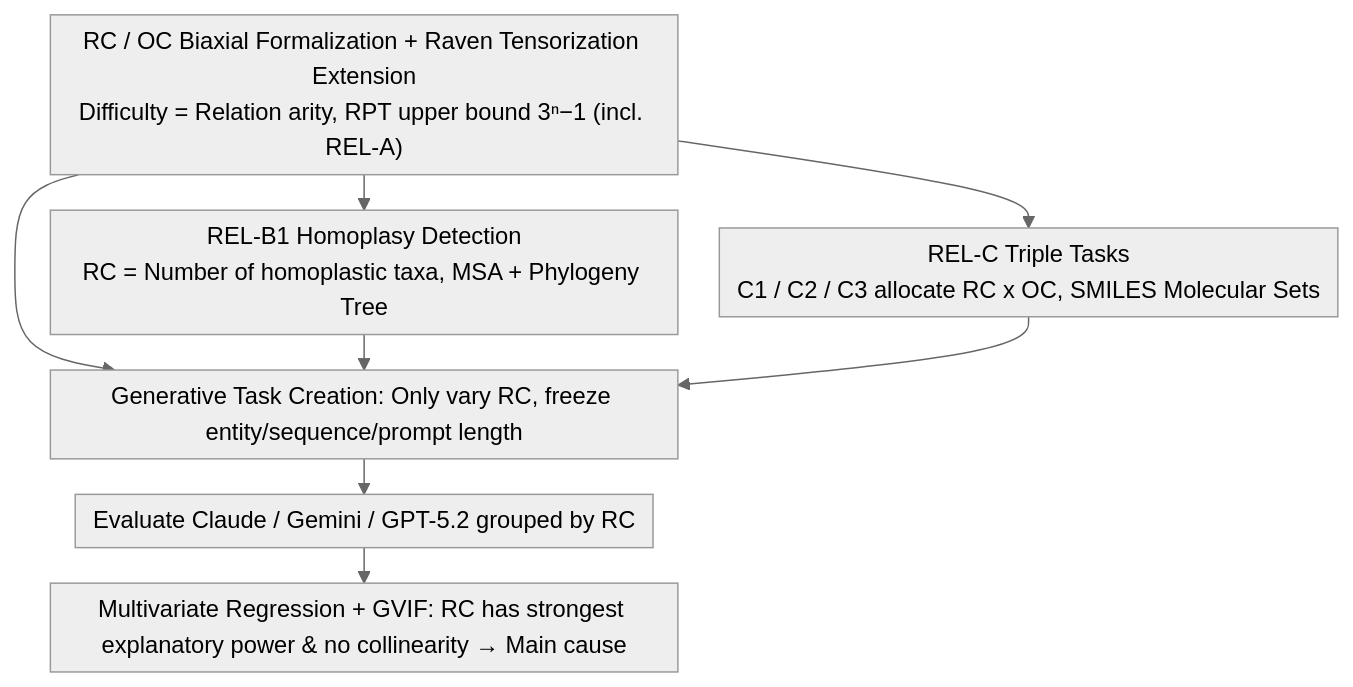
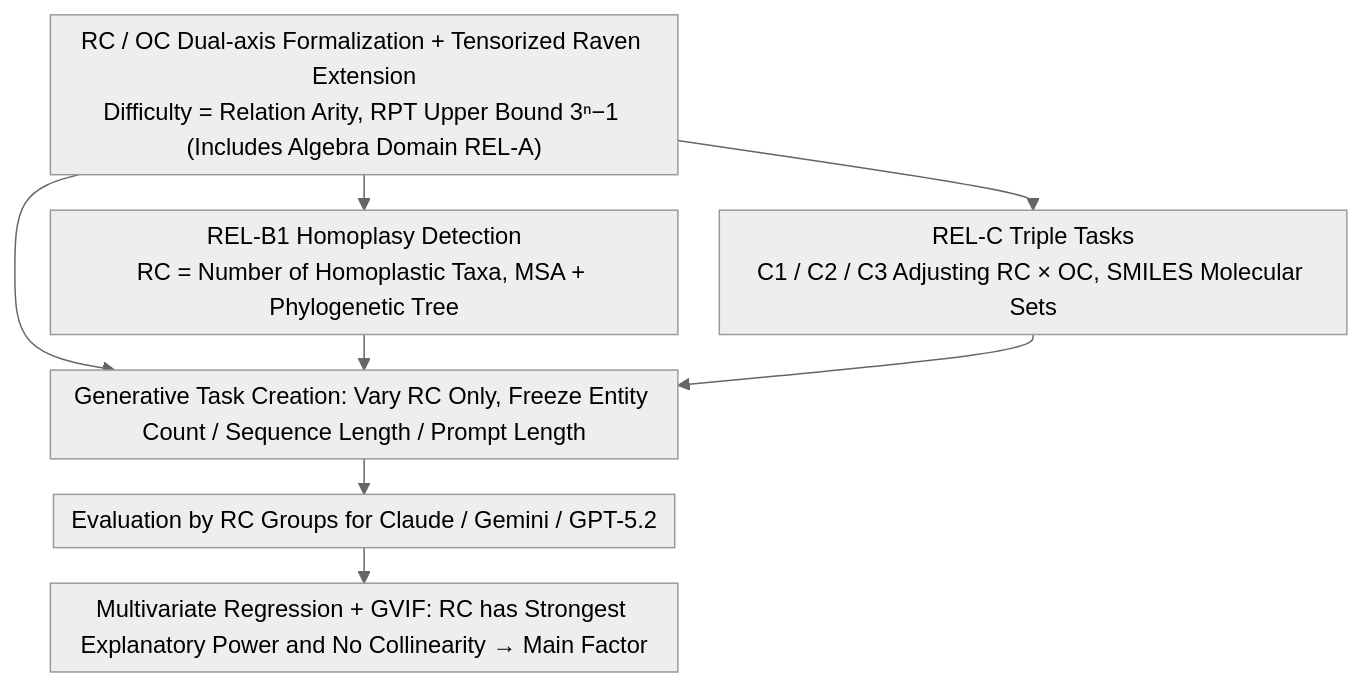
One commit to zhaoyang97/Paper-Notes-en changed the diagram in docs/ICML2026/llm_reasoning/evaluating_relational_reasoning_in_llms_with_rel.md. Above: the diagram before and after it, drawn with Mermaid (neutral theme). The commit also changed other lines of this file and 5084 other files, not shown here.

````diff
--- a/docs/ICML2026/llm_reasoning/evaluating_relational_reasoning_in_llms_with_rel.md
+++ b/docs/ICML2026/llm_reasoning/evaluating_relational_reasoning_in_llms_with_rel.md
@@ -42,12 +42,12 @@
 ```mermaid
 %%{init: {'flowchart': {'rankSpacing': 24, 'nodeSpacing': 28, 'padding': 6, 'wrappingWidth': 400}}}%%
 flowchart TD
-    A["RC / OC Biaxial Formalization + Raven Tensorization Extension<br/>Difficulty = Relation arity, RPT upper bound 3ⁿ−1 (incl. REL-A)"]
-    A --> B["REL-B1 Homoplasy Detection<br/>RC = Number of homoplastic taxa, MSA + Phylogeny Tree"]
-    A --> C["REL-C Triple Tasks<br/>C1 / C2 / C3 allocate RC x OC, SMILES Molecular Sets"]
+    A["RC / OC Dual-axis Formalization + Tensorized Raven Extension<br/>Difficulty = Relation Arity, RPT Upper Bound 3ⁿ−1 (Includes Algebra Domain REL-A)"]
+    A --> B["REL-B1 Homoplasy Detection<br/>RC = Number of Homoplastic Taxa, MSA + Phylogenetic Tree"]
+    A --> C["REL-C Triple Tasks<br/>C1 / C2 / C3 Adjusting RC × OC, SMILES Molecular Sets"]
     A --> D
     B --> D
-    C --> D["Generative Task Creation: Only vary RC, freeze entity/sequence/prompt length"]
-    D --> E["Evaluate Claude / Gemini / GPT-5.2 grouped by RC"]
-    E --> F["Multivariate Regression + GVIF: RC has strongest explanatory power & no collinearity → Main cause"]
+    C --> D["Generative Task Creation: Vary RC Only, Freeze Entity Count / Sequence Length / Prompt Length"]
+    D --> E["Evaluation by RC Groups for Claude / Gemini / GPT-5.2"]
+    E --> F["Multivariate Regression + GVIF: RC has Strongest Explanatory Power and No Collinearity → Main Factor"]
 ```
````
